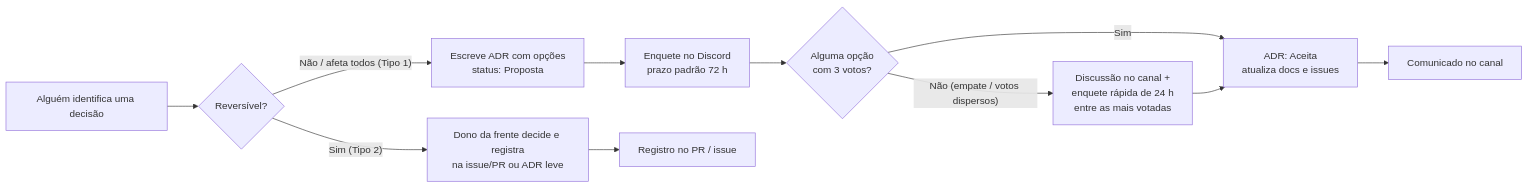
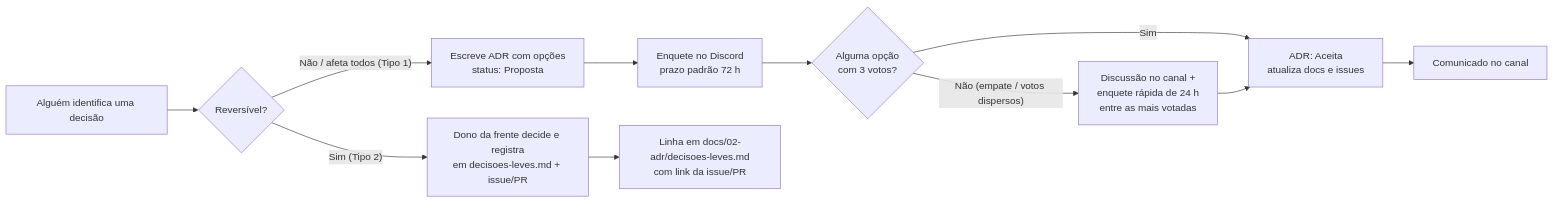
One commit to HermandoThiago/FIAP-SOAT changed the first of 2 diagrams in docs/00-guia-do-grupo/como-trabalhamos.md. Above: the diagram before and after it, drawn with Mermaid. The commit also changed other lines of this file and 6 other files, not shown here.

First line of the commit message:
docs(adr): criar log de decisões leves (Tipo 2)

````diff
--- a/docs/00-guia-do-grupo/como-trabalhamos.md
+++ b/docs/00-guia-do-grupo/como-trabalhamos.md
@@ -31,13 +31,13 @@
 ```mermaid
 flowchart LR
     A[Alguém identifica uma decisão] --> B{Reversível?}
-    B -- "Sim (Tipo 2)" --> C[Dono da frente decide e registra<br/>na issue/PR ou ADR leve]
+    B -- "Sim (Tipo 2)" --> C[Dono da frente decide e registra<br/>em decisoes-leves.md + issue/PR]
     B -- "Não / afeta todos (Tipo 1)" --> D[Escreve ADR com opções<br/>status: Proposta]
     D --> E[Enquete no Discord<br/>prazo padrão 72 h]
     E --> F{Alguma opção<br/>com 3 votos?}
     F -- Sim --> G[ADR: Aceita<br/>atualiza docs e issues]
     F -- "Não (empate / votos dispersos)" --> H[Discussão no canal +<br/>enquete rápida de 24 h<br/>entre as mais votadas]
     H --> G
-    C --> I[Registro no PR / issue]
+    C --> I[Linha em docs/02-adr/decisoes-leves.md<br/>com link da issue/PR]
     G --> J[Comunicado no canal]
 ```
````
